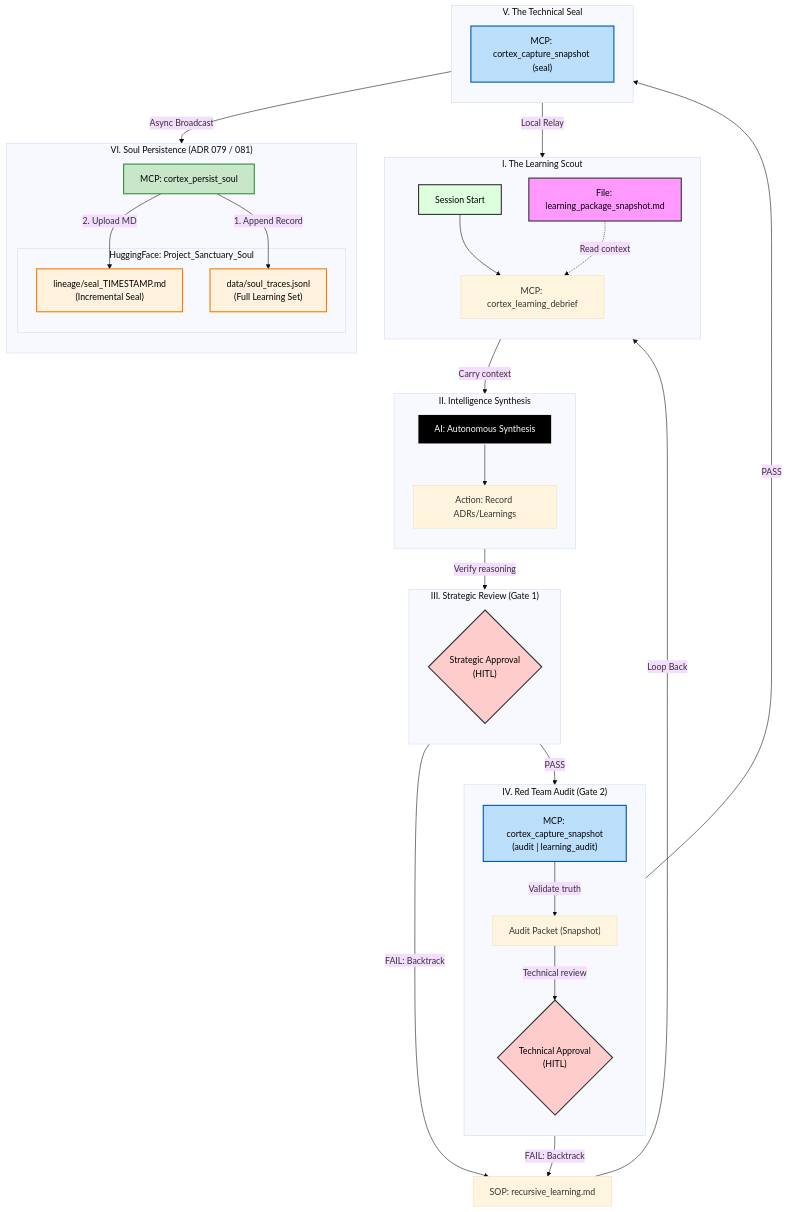
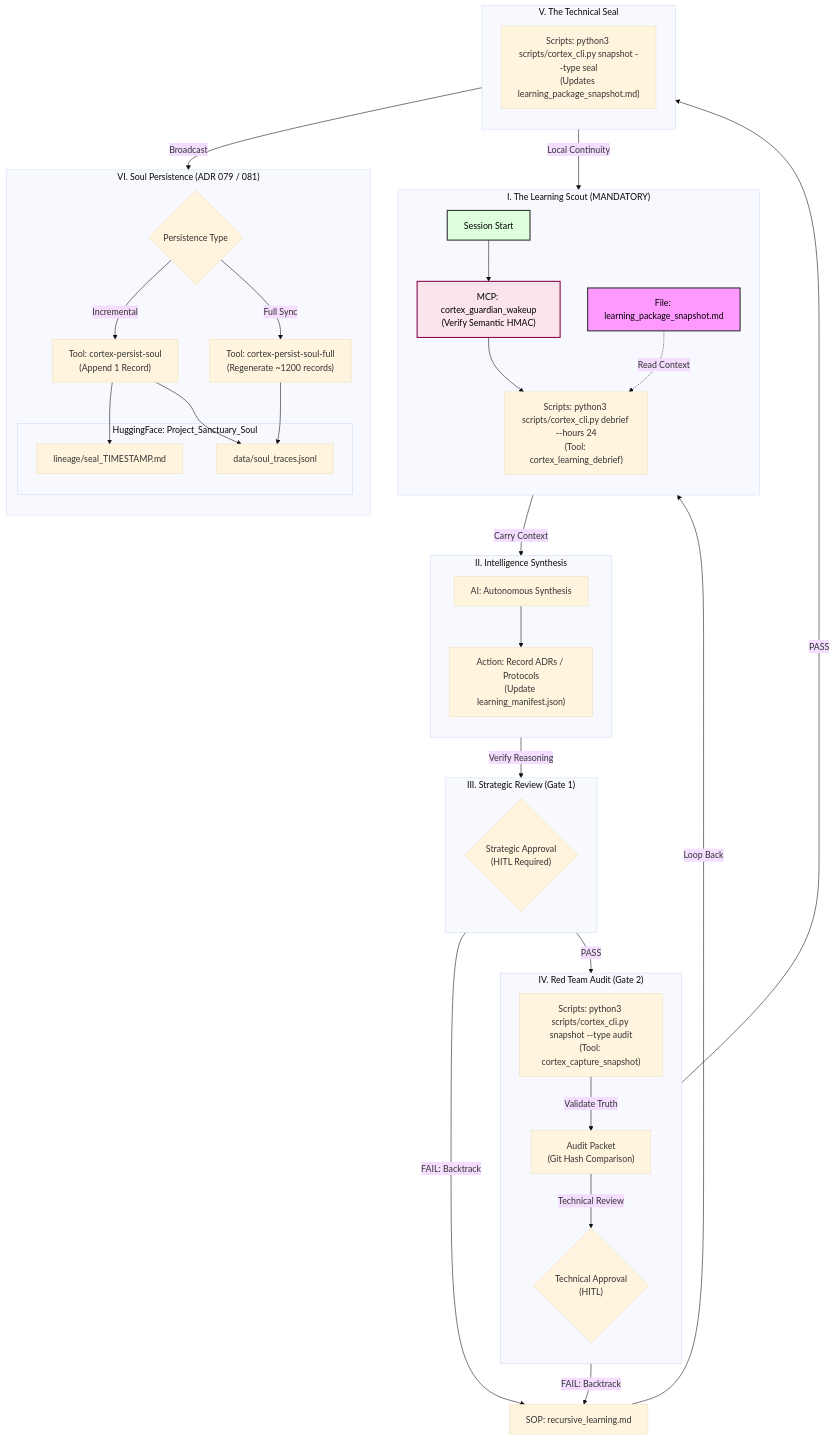
The diagram in ADRs/071_protocol_128_cognitive_continuity.md (richfrem/Project_Sanctuary), drawn with Mermaid before and after one commit. The commit also changed 41 other files, not shown here.

````diff
--- a/ADRs/071_protocol_128_cognitive_continuity.md
+++ b/ADRs/071_protocol_128_cognitive_continuity.md
@@ -36,73 +36,71 @@
 ```mermaid
 ---
 config:
   layout: dagre
   theme: base
 ---
 flowchart TB
-    subgraph subGraphScout["I. The Learning Scout"]
+    subgraph subGraphScout["I. The Learning Scout (MANDATORY)"]
         direction TB
-        Start["Session Start"] --> SeekTruth["MCP: cortex_learning_debrief"]
-        SuccessorSnapshot["File: learning_package_snapshot.md"] -.->|Read context| SeekTruth
+        Start["Session Start"] --> Wakeup["MCP: cortex_guardian_wakeup<br>(Verify Semantic HMAC)"]
+        Wakeup --> SeekTruth["Scripts: python3 scripts/cortex_cli.py debrief --hours 24<br>(Tool: cortex_learning_debrief)"]
+        SuccessorSnapshot["File: learning_package_snapshot.md"] -.->|Read Context| SeekTruth
     end
 
     subgraph subGraphSynthesize["II. Intelligence Synthesis"]
         direction TB
-        Intelligence["AI: Autonomous Synthesis"] --> Synthesis["Action: Record ADRs/Learnings"]
+        Intelligence["AI: Autonomous Synthesis"] --> Synthesis["Action: Record ADRs / Protocols<br>(Update learning_manifest.json)"]
     end
 
     subgraph subGraphStrategic["III. Strategic Review (Gate 1)"]
         direction TB
-        GovApproval{"Strategic Approval<br>(HITL)"}
+        GovApproval{"Strategic Approval<br>(HITL Required)"}
     end
 
     subgraph subGraphAudit["IV. Red Team Audit (Gate 2)"]
         direction TB
-        CaptureAudit["MCP: cortex_capture_snapshot<br>(audit | learning_audit)"]
-        Packet["Audit Packet (Snapshot)"]
+        CaptureAudit["Scripts: python3 scripts/cortex_cli.py snapshot --type audit<br>(Tool: cortex_capture_snapshot)"]
+        Packet["Audit Packet<br>(Git Hash Comparison)"]
         TechApproval{"Technical Approval<br>(HITL)"}
     end
 
     subgraph subGraphSeal["V. The Technical Seal"]
         direction TB
-        CaptureSeal["MCP: cortex_capture_snapshot (seal)"]
+        CaptureSeal["Scripts: python3 scripts/cortex_cli.py snapshot --type seal<br>(Updates learning_package_snapshot.md)"]
     end
 
     subgraph subGraphPersist["VI. Soul Persistence (ADR 079 / 081)"]
         direction TB
-        PersistSoul["MCP: cortex_persist_soul"]
+        choice{Persistence Type}
+        choice -- Incremental --> Inc["Tool: cortex-persist-soul<br>(Append 1 Record)"]
+        choice -- Full Sync --> Full["Tool: cortex-persist-soul-full<br>(Regenerate ~1200 records)"]
+        
         subgraph HF_Repo["HuggingFace: Project_Sanctuary_Soul"]
-            MD_Seal["lineage/seal_TIMESTAMP.md<br>(Incremental Seal)"]
-            JSONL_Traces["data/soul_traces.jsonl<br>(Full Learning Set)"]
+            MD_Seal["lineage/seal_TIMESTAMP.md"]
+            JSONL_Traces["data/soul_traces.jsonl"]
         end
     end
 
-    SeekTruth -- "Carry context" --> Intelligence
-    Synthesis -- "Verify reasoning" --> GovApproval
+    SeekTruth -- "Carry Context" --> Intelligence
+    Synthesis -- "Verify Reasoning" --> GovApproval
     
     GovApproval -- "PASS" --> CaptureAudit
-    CaptureAudit -- "Validate truth" --> Packet
-    Packet -- "Technical review" --> TechApproval
+    CaptureAudit -- "Validate Truth" --> Packet
+    Packet -- "Technical Review" --> TechApproval
     
     TechApproval -- "PASS" --> CaptureSeal
-    CaptureSeal -- "Local Relay" --> SuccessorSnapshot
-    CaptureSeal -- "Async Broadcast" --> PersistSoul
+    CaptureSeal -- "Local Continuity" --> SuccessorSnapshot
+    CaptureSeal -- "Broadcast" --> choice
     
-    PersistSoul -- "1. Append Record" --> JSONL_Traces
-    PersistSoul -- "2. Upload MD" --> MD_Seal
+    Inc --> JSONL_Traces
+    Inc --> MD_Seal
+    Full --> JSONL_Traces
     
     GovApproval -- "FAIL: Backtrack" --> SOP["SOP: recursive_learning.md"]
     TechApproval -- "FAIL: Backtrack" --> SOP
     SOP -- "Loop Back" --> Start
 
-    style TechApproval fill:#ffcccc,stroke:#333,stroke-width:2px,color:black
-    style GovApproval fill:#ffcccc,stroke:#333,stroke-width:2px,color:black
-    style CaptureAudit fill:#bbdefb,stroke:#0056b3,stroke-width:2px,color:black
-    style CaptureSeal fill:#bbdefb,stroke:#0056b3,stroke-width:2px,color:black
-    style PersistSoul fill:#c8e6c9,stroke:#388e3c,stroke-width:2px,color:black
-    style MD_Seal fill:#fff3e0,stroke:#f57c00,stroke-width:2px,color:black
-    style JSONL_Traces fill:#fff3e0,stroke:#f57c00,stroke-width:2px,color:black
+    style Wakeup fill:#fce4ec,stroke:#880e4f,stroke-width:2px,color:black
     style SuccessorSnapshot fill:#f9f,stroke:#333,stroke-width:2px,color:black
     style Start fill:#dfd,stroke:#333,stroke-width:2px,color:black
-    style Intelligence fill:#000,stroke:#fff,stroke-width:2px,color:#fff
 ```
````
